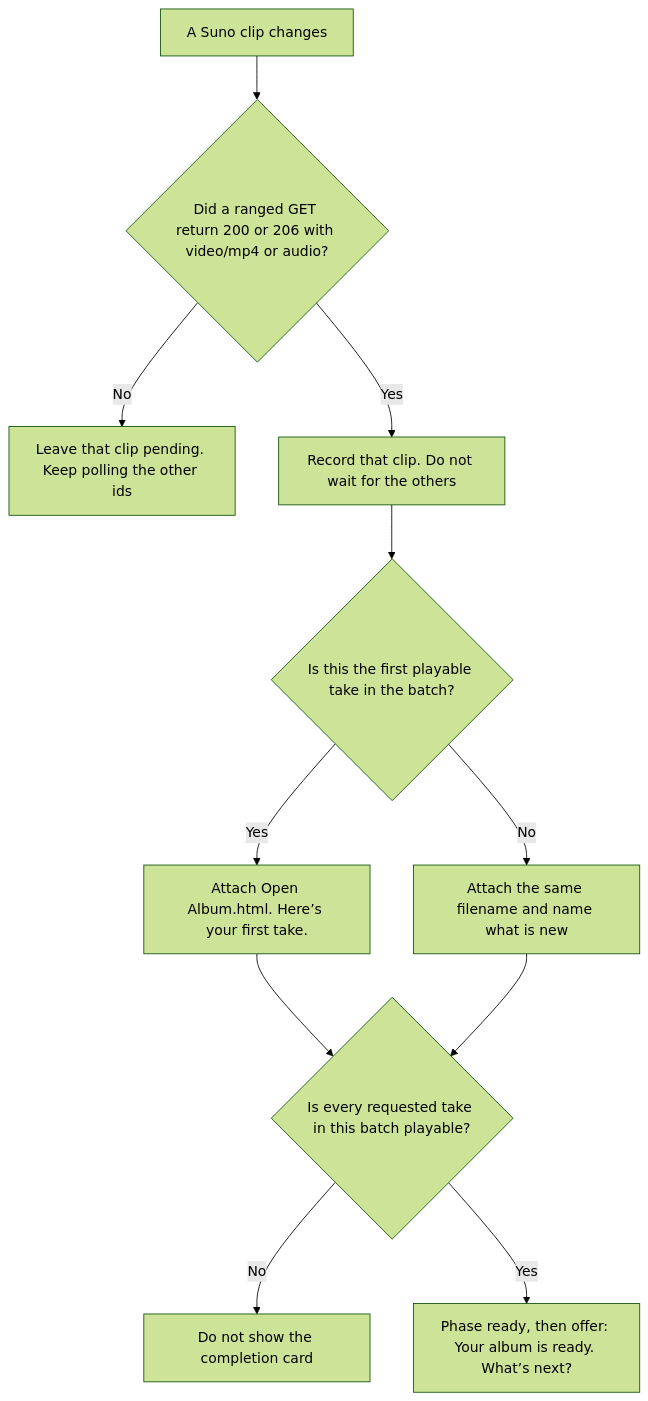
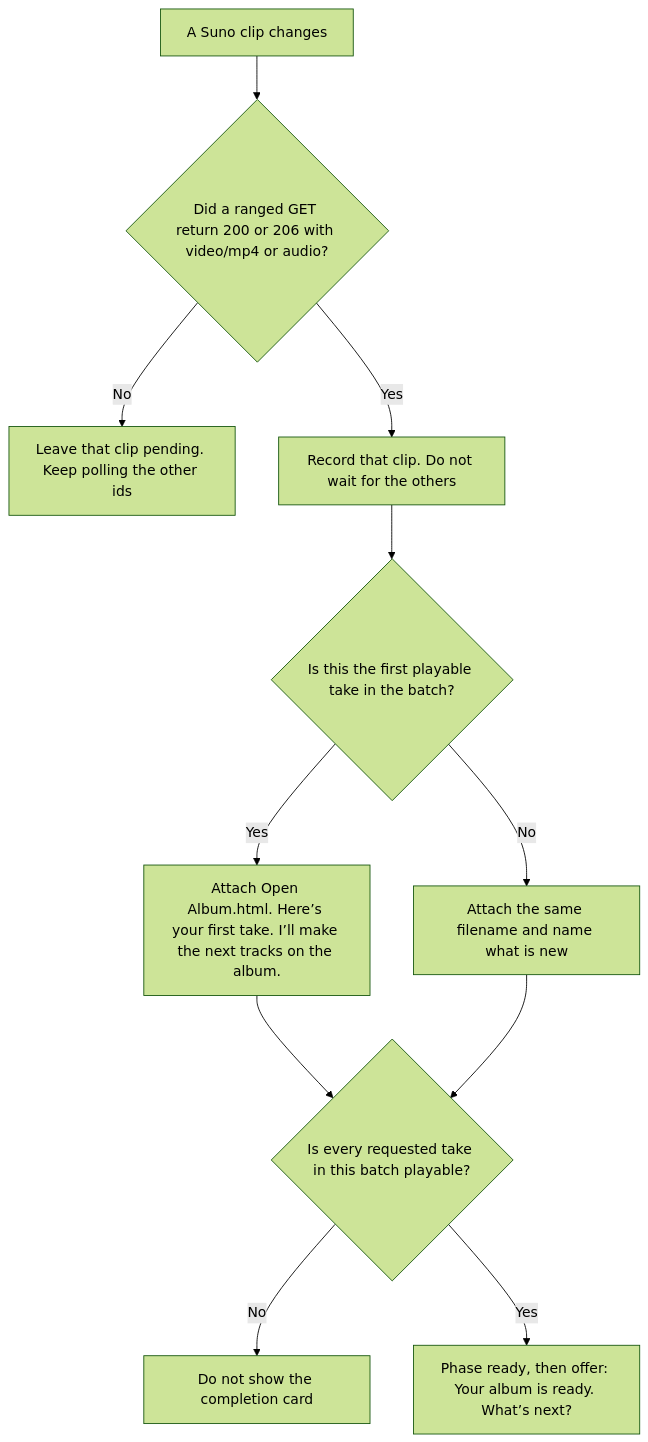
Before and after one commit to sashakhad/album-kit: the fourth of 6 diagrams in docs/decision-charts.md, drawn with Mermaid (forest theme). The commit also changed other lines of this file and 13 other files, not shown here.

First line of the commit message:
Offer the next tracks after a delivered take.

````diff
--- a/docs/decision-charts.md
+++ b/docs/decision-charts.md
@@ -81,13 +81,13 @@
 ```mermaid
 flowchart TD
   clip["A Suno clip changes"] --> ready{"Did a ranged GET return 200 or 206 with video/mp4 or audio?"}
   ready -->|No| wait["Leave that clip pending. Keep polling the other ids"]
   ready -->|Yes| record["Record that clip. Do not wait for the others"]
   record --> first{"Is this the first playable take in the batch?"}
-  first -->|Yes| sendFirst["Attach Open Album.html. Here’s your first take."]
+  first -->|Yes| sendFirst["Attach Open Album.html. Here’s your first take. I’ll make the next tracks on the album."]
   first -->|No| sendMore["Attach the same filename and name what is new"]
   sendFirst --> done{"Is every requested take in this batch playable?"}
   sendMore --> done
   done -->|No| watch["Do not show the completion card"]
   done -->|Yes| card["Phase ready, then offer: Your album is ready. What’s next?"]
 ```
````
